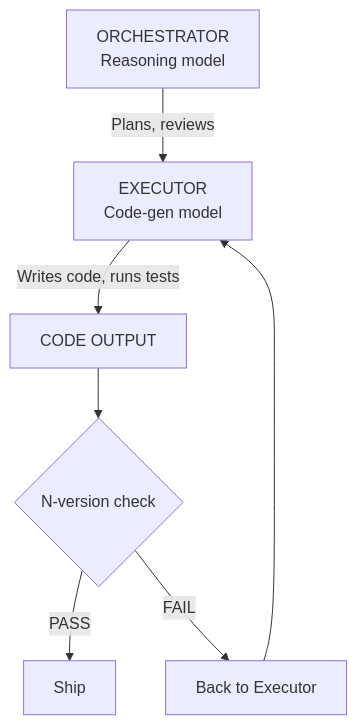
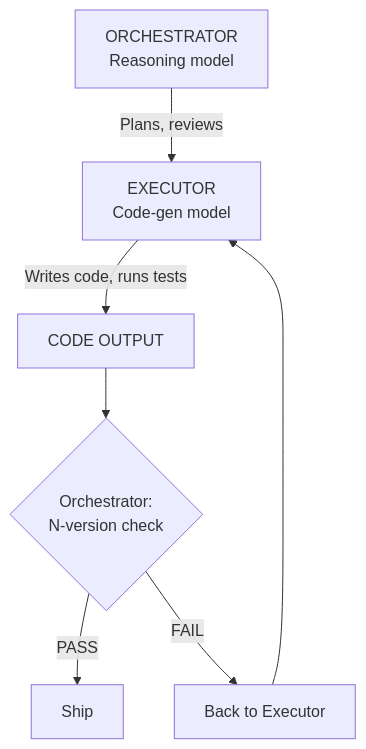
The fifth of 8 diagrams in writing-production-code.md (seanpor/AgentGuide), drawn with Mermaid before and after one commit. The commit also changed other lines of this file and 4 other files, not shown here.

````diff
--- a/writing-production-code.md
+++ b/writing-production-code.md
@@ -873,15 +879,15 @@
 ```mermaid
 flowchart TD
     O[ORCHESTRATOR<br/>Reasoning model]
     E[EXECUTOR<br/>Code-gen model]
     CO[CODE OUTPUT]
-    Review{N-version check}
+    Review{Orchestrator:<br/>N-version check}
     Ship[Ship]
     Back[Back to Executor]
     O -->|Plans, reviews| E
     E -->|Writes code, runs tests| CO
     CO --> Review
     Review -->|PASS| Ship
     Review -->|FAIL| Back
     Back --> E
 ```
````
